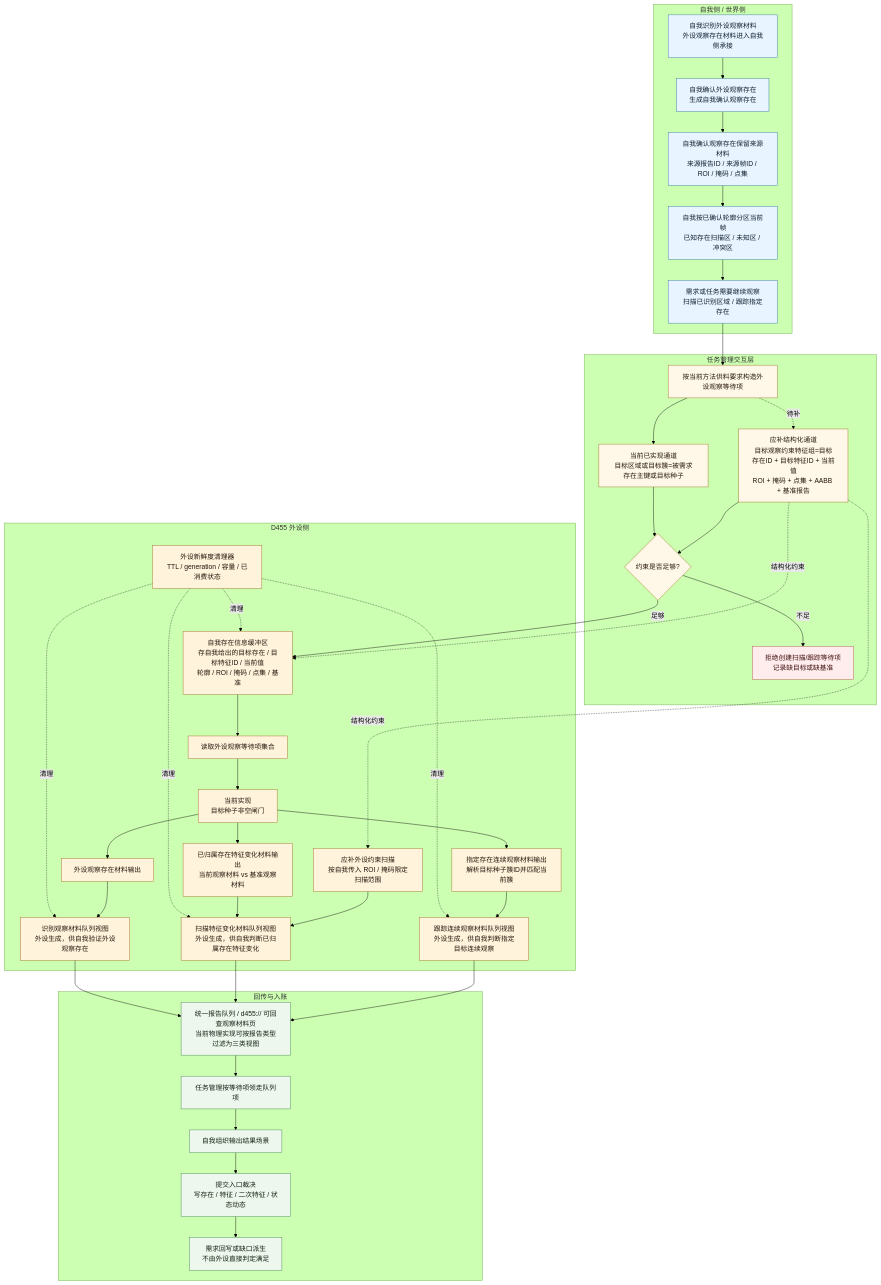
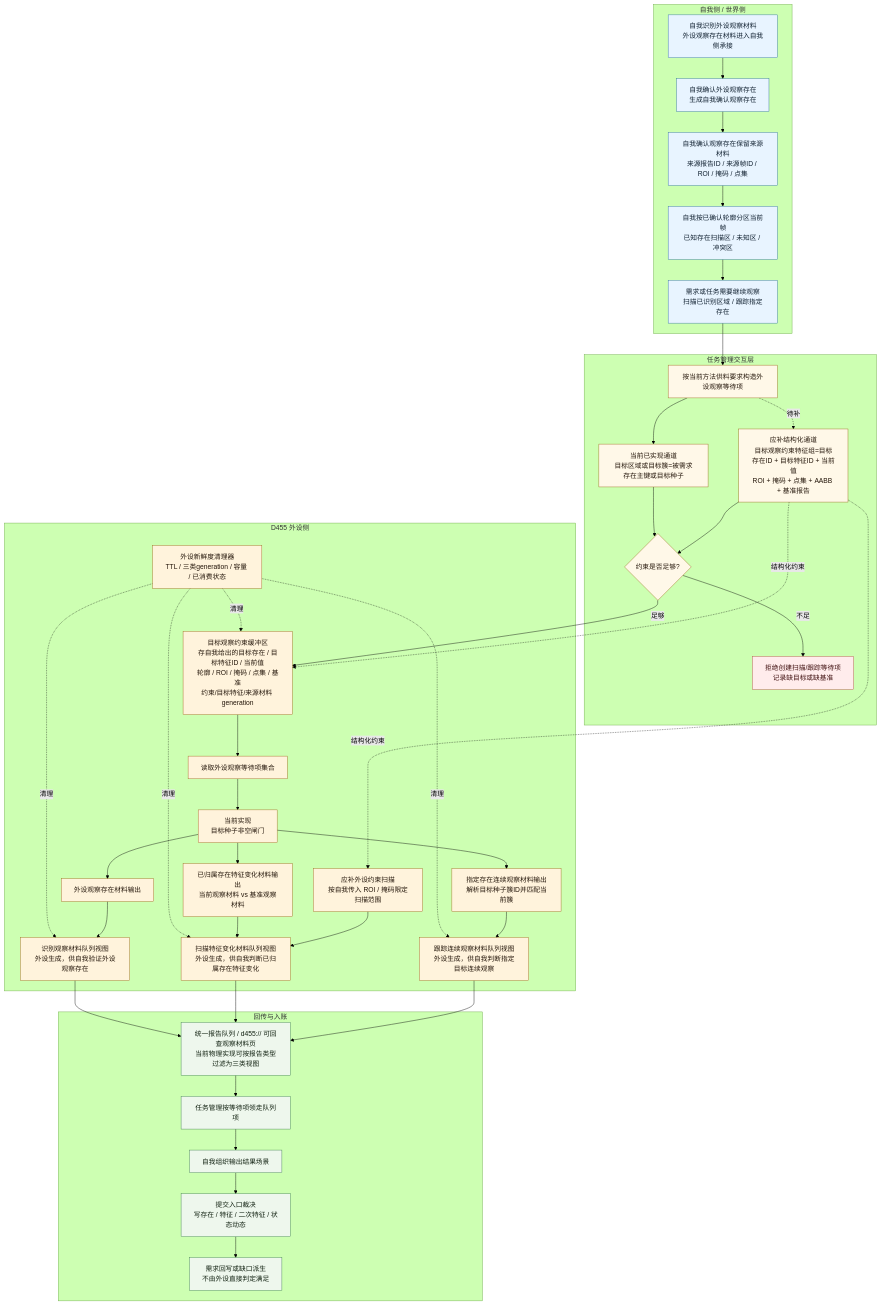
One commit to chunhaizh-cyber/Birthplace-of-digital-civilization changed the first of 3 diagrams in 流程图/20260606_自我外设交互流程图_v0.1.md. Above: the diagram before and after it, drawn with Mermaid (forest theme). The commit also changed other lines of this file and 67 other files, not shown here.

````diff
--- a/流程图/20260606_自我外设交互流程图_v0.1.md
+++ b/流程图/20260606_自我外设交互流程图_v0.1.md
@@ -66,73 +66,73 @@
 ```mermaid
 flowchart TB
     subgraph SELF["自我侧 / 世界侧"]
         A["自我识别外设观察材料<br/>外设观察存在材料进入自我侧承接"]
         B["自我确认外设观察存在<br/>生成自我确认观察存在"]
         C["自我确认观察存在保留来源材料<br/>来源报告ID / 来源帧ID / ROI / 掩码 / 点集"]
         D["自我按已确认轮廓分区当前帧<br/>已知存在扫描区 / 未知区 / 冲突区"]
         E["需求或任务需要继续观察<br/>扫描已识别区域 / 跟踪指定存在"]
     end
 
     subgraph TASK["任务管理交互层"]
         F["按当前方法供料要求构造外设观察等待项"]
         G["当前已实现通道<br/>目标区域或目标簇=被需求存在主键或目标种子"]
         H["应补结构化通道<br/>目标观察约束特征组=目标存在ID + 目标特征ID + 当前值<br/>ROI + 掩码 + 点集 + AABB + 基准报告"]
         I{"约束是否足够?"}
         J["拒绝创建扫描/跟踪等待项<br/>记录缺目标或缺基准"]
     end
 
     subgraph D455["D455 外设侧"]
-        K0["自我存在信息缓冲区<br/>存自我给出的目标存在 / 目标特征ID / 当前值<br/>轮廓 / ROI / 掩码 / 点集 / 基准"]
-        K1["外设新鲜度清理器<br/>TTL / generation / 容量 / 已消费状态"]
+        K0["目标观察约束缓冲区<br/>存自我给出的目标存在 / 目标特征ID / 当前值<br/>轮廓 / ROI / 掩码 / 点集 / 基准<br/>约束/目标特征/来源材料 generation"]
+        K1["外设新鲜度清理器<br/>TTL / 三类generation / 容量 / 已消费状态"]
         K["读取外设观察等待项集合"]
         L["当前实现<br/>目标种子非空闸门"]
         M["外设观察存在材料输出"]
         N["已归属存在特征变化材料输出<br/>当前观察材料 vs 基准观察材料"]
         O["指定存在连续观察材料输出<br/>解析目标种子簇ID并匹配当前簇"]
         P["应补外设约束扫描<br/>按自我传入 ROI / 掩码限定扫描范围"]
         Q0["识别观察材料队列视图<br/>外设生成，供自我验证外设观察存在"]
         Q1["扫描特征变化材料队列视图<br/>外设生成，供自我判断已归属存在特征变化"]
         Q2["跟踪连续观察材料队列视图<br/>外设生成，供自我判断指定目标连续观察"]
     end
 
     subgraph BACK["回传与入账"]
         R0["统一报告队列 / d455:// 可回查观察材料页<br/>当前物理实现可按报告类型过滤为三类视图"]
         R["任务管理按等待项领走队列项"]
         S["自我组织输出结果场景"]
         T["提交入口裁决<br/>写存在 / 特征 / 二次特征 / 状态动态"]
         U["需求回写或缺口派生<br/>不由外设直接判定满足"]
     end
 
     A --> B --> C --> D --> E --> F
     F --> G --> I
     F -.待补.-> H --> I
     I -->|不足| J
     I -->|足够| K0 --> K
     K1 -.清理.-> K0
     K1 -.清理.-> Q0
     K1 -.清理.-> Q1
     K1 -.清理.-> Q2
     K --> L
     L --> M --> Q0
     L --> N --> Q1
     L --> O --> Q2
     H -.结构化约束.-> K0
     H -.结构化约束.-> P
     P --> Q1
     Q0 --> R0
     Q1 --> R0
     Q2 --> R0
     R0 --> R --> S --> T --> U
 
     classDef self fill:#e8f4ff,stroke:#2f6f9f,color:#102030;
     classDef task fill:#fff8e8,stroke:#9a6a1a,color:#24160a;
     classDef d455 fill:#fff3dc,stroke:#a0671e,color:#24160a;
     classDef back fill:#eef7ed,stroke:#3f7f4f,color:#102010;
     classDef gap fill:#ffecec,stroke:#b84a4a,color:#401111;
 
     class A,B,C,D,E self;
     class F,G,H,I task;
     class K0,K1,K,L,M,N,O,P,Q0,Q1,Q2 d455;
     class R0,R,S,T,U back;
     class J gap;
 ```
````
